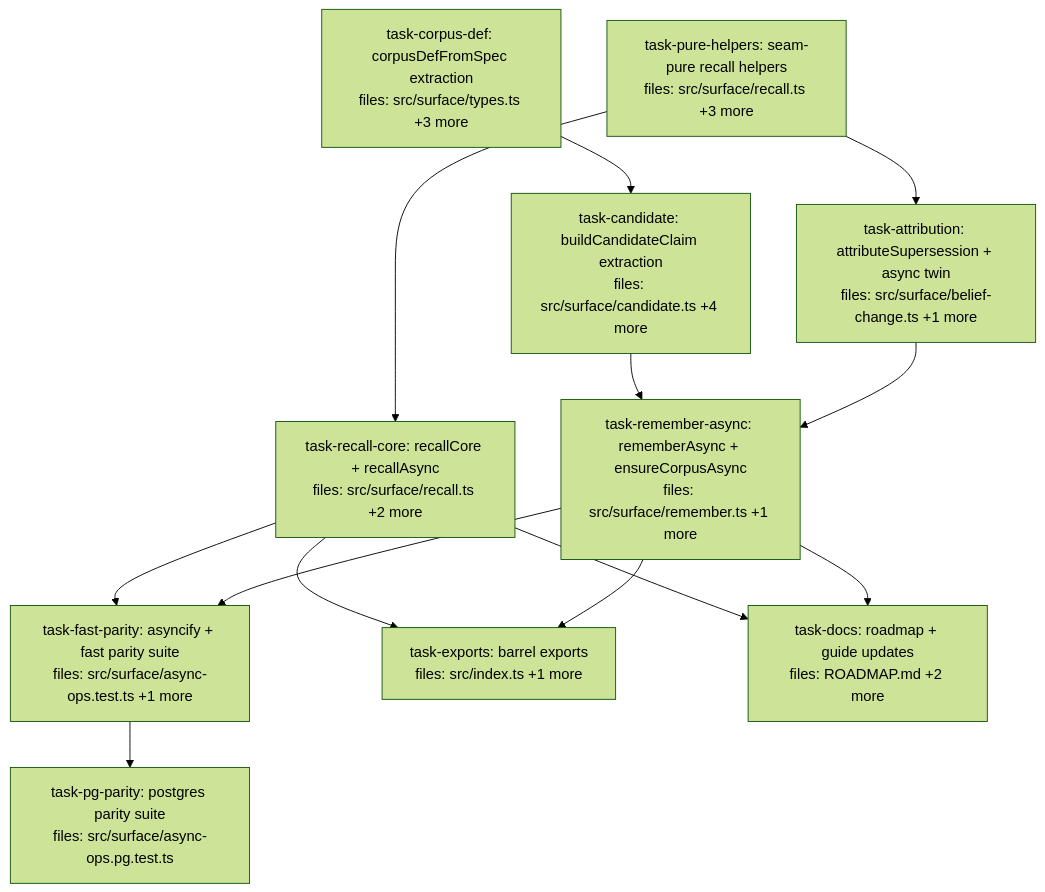
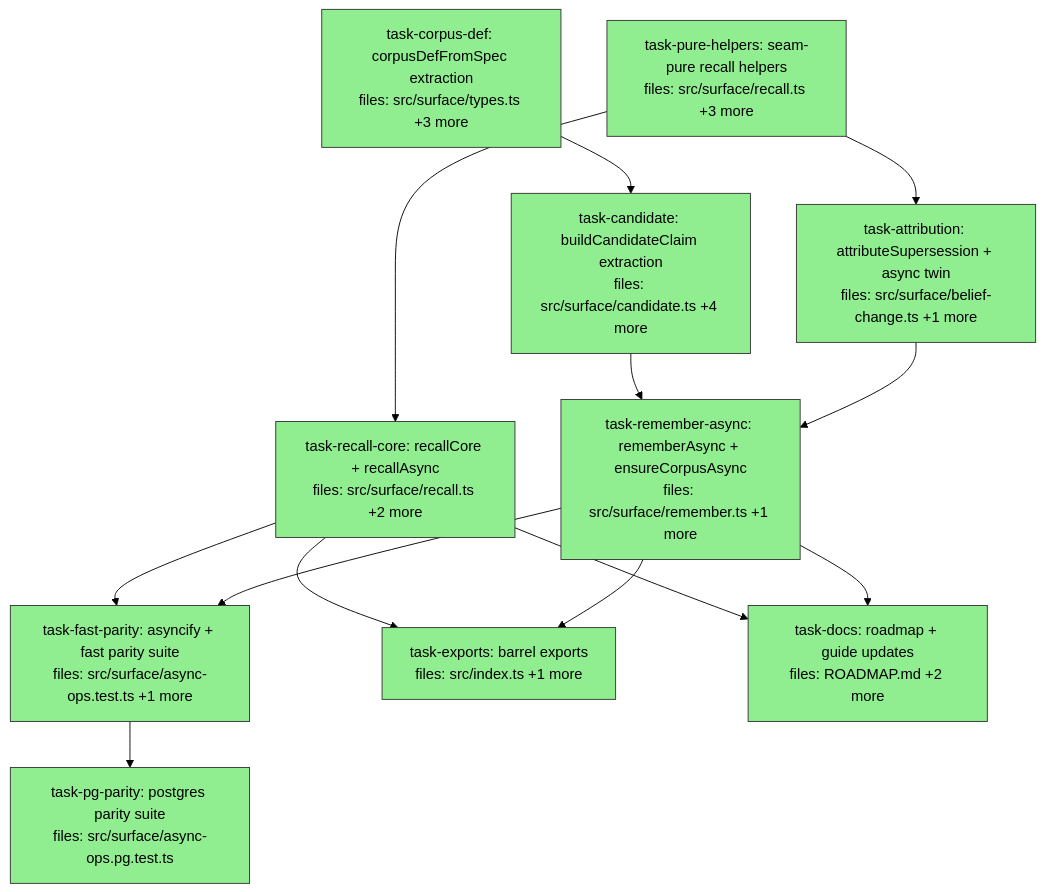
Before and after one commit to BrettNye/Mneme: the diagram in docs/superpowers/plans/2026-07-06-async-recall-remember-dag.md, drawn with Mermaid (forest theme). The commit also changed other lines of this file, not shown here.

Commit message:
docs: mark async recall/remember DAG plan complete (10/10 done)

````diff
--- a/docs/superpowers/plans/2026-07-06-async-recall-remember-dag.md
+++ b/docs/superpowers/plans/2026-07-06-async-recall-remember-dag.md
@@ -6,32 +6,32 @@
 ```mermaid
 flowchart TD
-    task-corpus-def["task-corpus-def: corpusDefFromSpec extraction<br/>files: src/surface/types.ts +3 more"]
-    task-candidate["task-candidate: buildCandidateClaim extraction<br/>files: src/surface/candidate.ts +4 more"]
-    task-pure-helpers["task-pure-helpers: seam-pure recall helpers<br/>files: src/surface/recall.ts +3 more"]
-    task-recall-core["task-recall-core: recallCore + recallAsync<br/>files: src/surface/recall.ts +2 more"]
-    task-attribution["task-attribution: attributeSupersession + async twin<br/>files: src/surface/belief-change.ts +1 more"]
-    task-remember-async["task-remember-async: rememberAsync + ensureCorpusAsync<br/>files: src/surface/remember.ts +1 more"]
-    task-fast-parity["task-fast-parity: asyncify + fast parity suite<br/>files: src/surface/async-ops.test.ts +1 more"]
-    task-pg-parity["task-pg-parity: postgres parity suite<br/>files: src/surface/async-ops.pg.test.ts"]
-    task-exports["task-exports: barrel exports<br/>files: src/index.ts +1 more"]
-    task-docs["task-docs: roadmap + guide updates<br/>files: ROADMAP.md +2 more"]
+    task-corpus-def["task-corpus-def: corpusDefFromSpec extraction<br/>files: src/surface/types.ts +3 more"]:::done
+    task-candidate["task-candidate: buildCandidateClaim extraction<br/>files: src/surface/candidate.ts +4 more"]:::done
+    task-pure-helpers["task-pure-helpers: seam-pure recall helpers<br/>files: src/surface/recall.ts +3 more"]:::done
+    task-recall-core["task-recall-core: recallCore + recallAsync<br/>files: src/surface/recall.ts +2 more"]:::done
+    task-attribution["task-attribution: attributeSupersession + async twin<br/>files: src/surface/belief-change.ts +1 more"]:::done
+    task-remember-async["task-remember-async: rememberAsync + ensureCorpusAsync<br/>files: src/surface/remember.ts +1 more"]:::done
+    task-fast-parity["task-fast-parity: asyncify + fast parity suite<br/>files: src/surface/async-ops.test.ts +1 more"]:::done
+    task-pg-parity["task-pg-parity: postgres parity suite<br/>files: src/surface/async-ops.pg.test.ts"]:::done
+    task-exports["task-exports: barrel exports<br/>files: src/index.ts +1 more"]:::done
+    task-docs["task-docs: roadmap + guide updates<br/>files: ROADMAP.md +2 more"]:::done
 
     task-corpus-def --> task-candidate
     task-pure-helpers --> task-recall-core
     task-pure-helpers --> task-attribution
     task-candidate --> task-remember-async
     task-attribution --> task-remember-async
     task-recall-core --> task-fast-parity
     task-remember-async --> task-fast-parity
     task-fast-parity --> task-pg-parity
     task-recall-core --> task-exports
     task-remember-async --> task-exports
     task-recall-core --> task-docs
     task-remember-async --> task-docs
 
     classDef done fill:#90ee90,stroke:#333
     classDef ready fill:#fffacd,stroke:#333
     classDef running fill:#87ceeb,stroke:#333
     classDef failed fill:#ffb6c1,stroke:#333
     classDef skipped fill:#d3d3d3,stroke:#333,stroke-dasharray: 5 5
 ```
````
